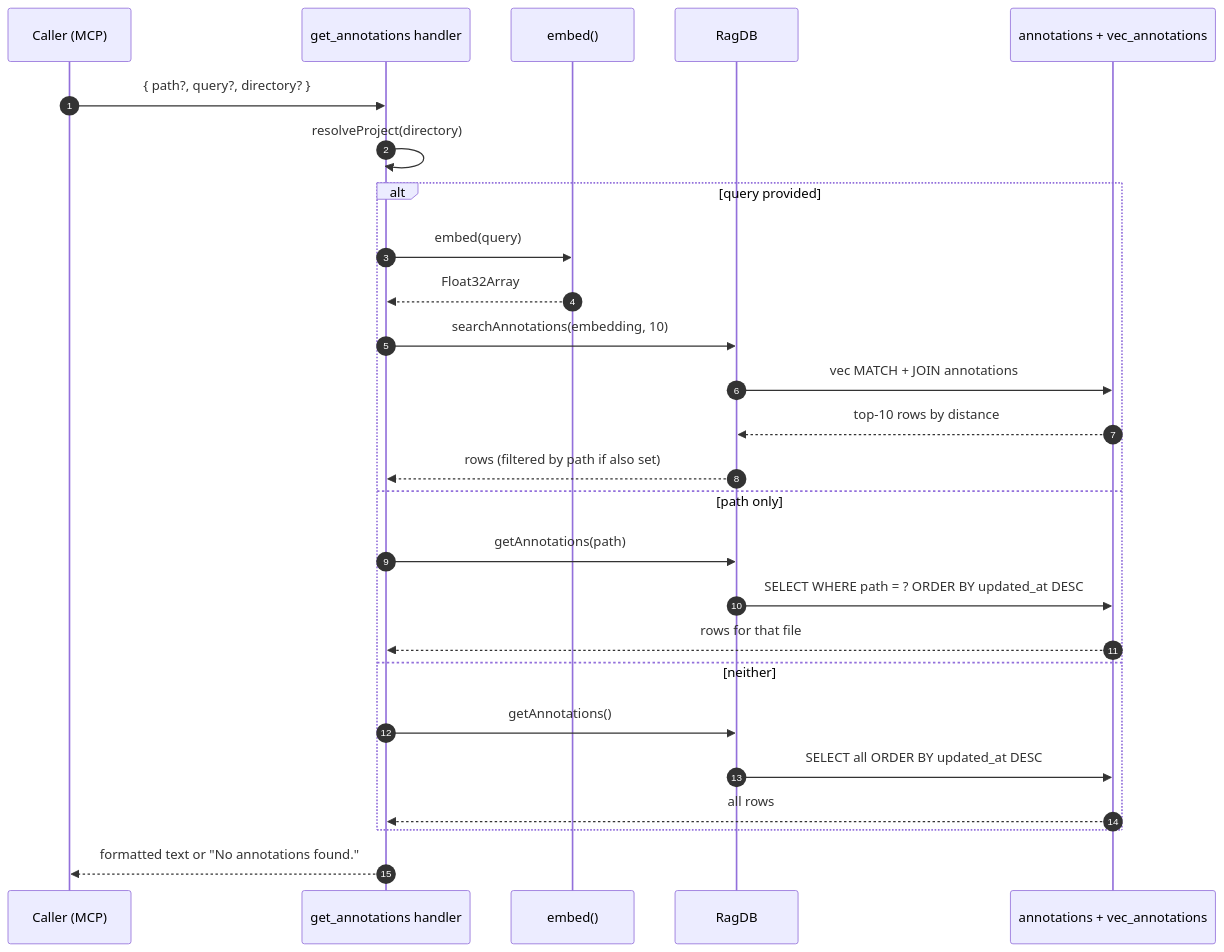
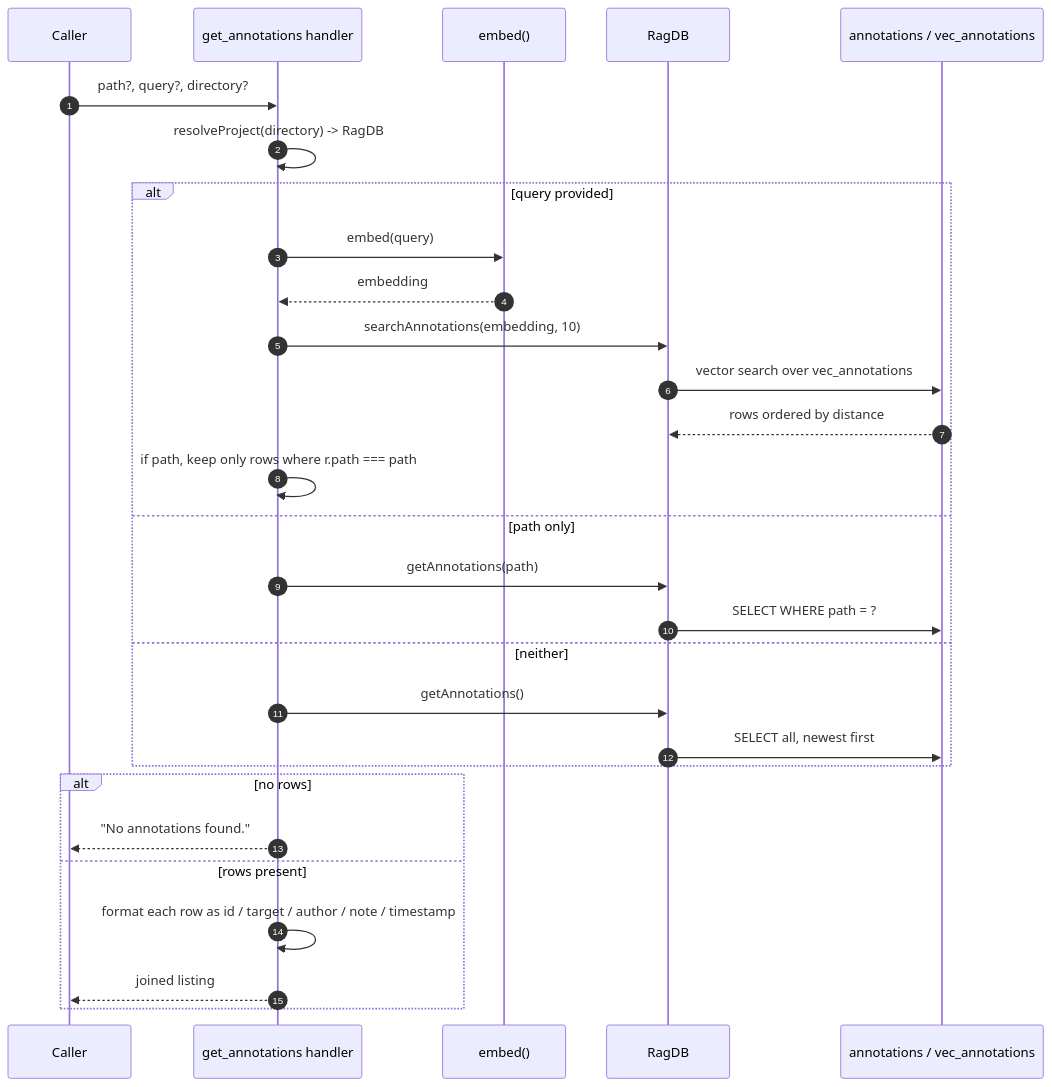
One commit to TheWinci/mimirs changed the diagram in wiki/tools/get-annotations.md. Above: the diagram before and after it, drawn with Mermaid. The commit also changed other lines of this file and 52 other files, not shown here.

````diff
--- a/wiki/tools/get-annotations.md
+++ b/wiki/tools/get-annotations.md
@@ -9,29 +9,32 @@
 ```mermaid
 sequenceDiagram
   autonumber
-  participant Caller as Caller (MCP)
-  participant Handler as get_annotations handler
+  participant Caller
+  participant Tool as get_annotations handler
   participant Embed as embed()
   participant DB as RagDB
-  participant SQLite as annotations + vec_annotations
+  participant SQLite as annotations / vec_annotations
 
-  Caller->>Handler: { path?, query?, directory? }
-  Handler->>Handler: resolveProject(directory)
+  Caller->>Tool: path?, query?, directory?
+  Tool->>Tool: resolveProject(directory) -> RagDB
   alt query provided
-    Handler->>Embed: embed(query)
-    Embed-->>Handler: Float32Array
-    Handler->>DB: searchAnnotations(embedding, 10)
-    DB->>SQLite: vec MATCH + JOIN annotations
-    SQLite-->>DB: top-10 rows by distance
-    DB-->>Handler: rows (filtered by path if also set)
+    Tool->>Embed: embed(query)
+    Embed-->>Tool: embedding
+    Tool->>DB: searchAnnotations(embedding, 10)
+    DB->>SQLite: vector search over vec_annotations
+    SQLite-->>DB: rows ordered by distance
+    Tool->>Tool: if path, keep only rows where r.path === path
   else path only
-    Handler->>DB: getAnnotations(path)
-    DB->>SQLite: SELECT WHERE path = ? ORDER BY updated_at DESC
-    SQLite-->>Handler: rows for that file
+    Tool->>DB: getAnnotations(path)
+    DB->>SQLite: SELECT WHERE path = ?
   else neither
-    Handler->>DB: getAnnotations()
-    DB->>SQLite: SELECT all ORDER BY updated_at DESC
-    SQLite-->>Handler: all rows
+    Tool->>DB: getAnnotations()
+    DB->>SQLite: SELECT all, newest first
   end
-  Handler-->>Caller: formatted text or "No annotations found."
+  alt no rows
+    Tool-->>Caller: "No annotations found."
+  else rows present
+    Tool->>Tool: format each row as id / target / author / note / timestamp
+    Tool-->>Caller: joined listing
+  end
 ```
````
